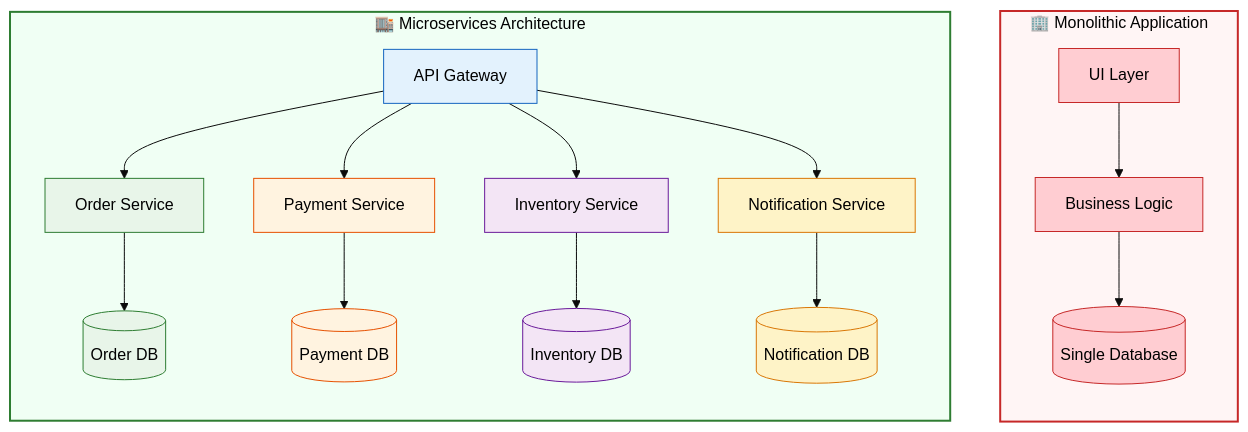
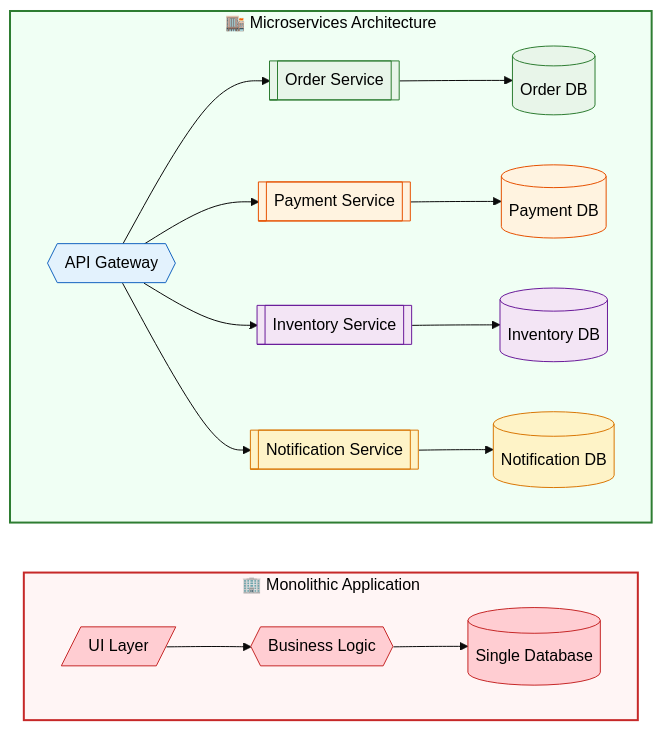
One commit to saivamsikaruturi/vamsilabs-dev-notes-main changed the first of 4 diagrams in docs/microservices/microservices.md. Above: the diagram before and after it, drawn with Mermaid (base theme). The commit also changed other lines of this file and 146 other files, not shown here.

Commit message:
Horizontal diagrams, UML class diagrams, typography overhaul, and permalink cleanup

````diff
--- a/docs/microservices/microservices.md
+++ b/docs/microservices/microservices.md
@@ -10,35 +10,35 @@
 ```mermaid
-flowchart TB
+flowchart LR
     subgraph Monolith["🏢 Monolithic Application"]
-        direction TB
-        UI1["UI Layer"] --> BL1["Business Logic"]
+        direction LR
+        UI1[/"UI Layer"/] --> BL1{{"Business Logic"}}
         BL1 --> DB1[("Single Database")]
         style UI1 fill:#FFCDD2,stroke:#C62828,color:#000
         style BL1 fill:#FFCDD2,stroke:#C62828,color:#000
         style DB1 fill:#FFCDD2,stroke:#C62828,color:#000
     end
 
     subgraph Microservices["🏬 Microservices Architecture"]
-        direction TB
-        GW["API Gateway"] --> S1["Order Service"]
-        GW --> S2["Payment Service"]
-        GW --> S3["Inventory Service"]
-        GW --> S4["Notification Service"]
+        direction LR
+        GW{{"API Gateway"}} --> S1[["Order Service"]]
+        GW --> S2[["Payment Service"]]
+        GW --> S3[["Inventory Service"]]
+        GW --> S4[["Notification Service"]]
         S1 --> DB2[("Order DB")]
         S2 --> DB3[("Payment DB")]
         S3 --> DB4[("Inventory DB")]
         S4 --> DB5[("Notification DB")]
         style GW fill:#E3F2FD,stroke:#1565C0,color:#000
         style S1 fill:#E8F5E9,stroke:#2E7D32,color:#000
         style S2 fill:#FFF3E0,stroke:#E65100,color:#000
         style S3 fill:#F3E5F5,stroke:#6A1B9A,color:#000
         style S4 fill:#FEF3C7,stroke:#D97706,color:#000
         style DB2 fill:#E8F5E9,stroke:#2E7D32,color:#000
         style DB3 fill:#FFF3E0,stroke:#E65100,color:#000
         style DB4 fill:#F3E5F5,stroke:#6A1B9A,color:#000
         style DB5 fill:#FEF3C7,stroke:#D97706,color:#000
     end
 
     style Monolith fill:#FFF5F5,stroke:#C62828,stroke-width:2px,color:#000
     style Microservices fill:#F0FFF4,stroke:#2E7D32,stroke-width:2px,color:#000
 ```
````
